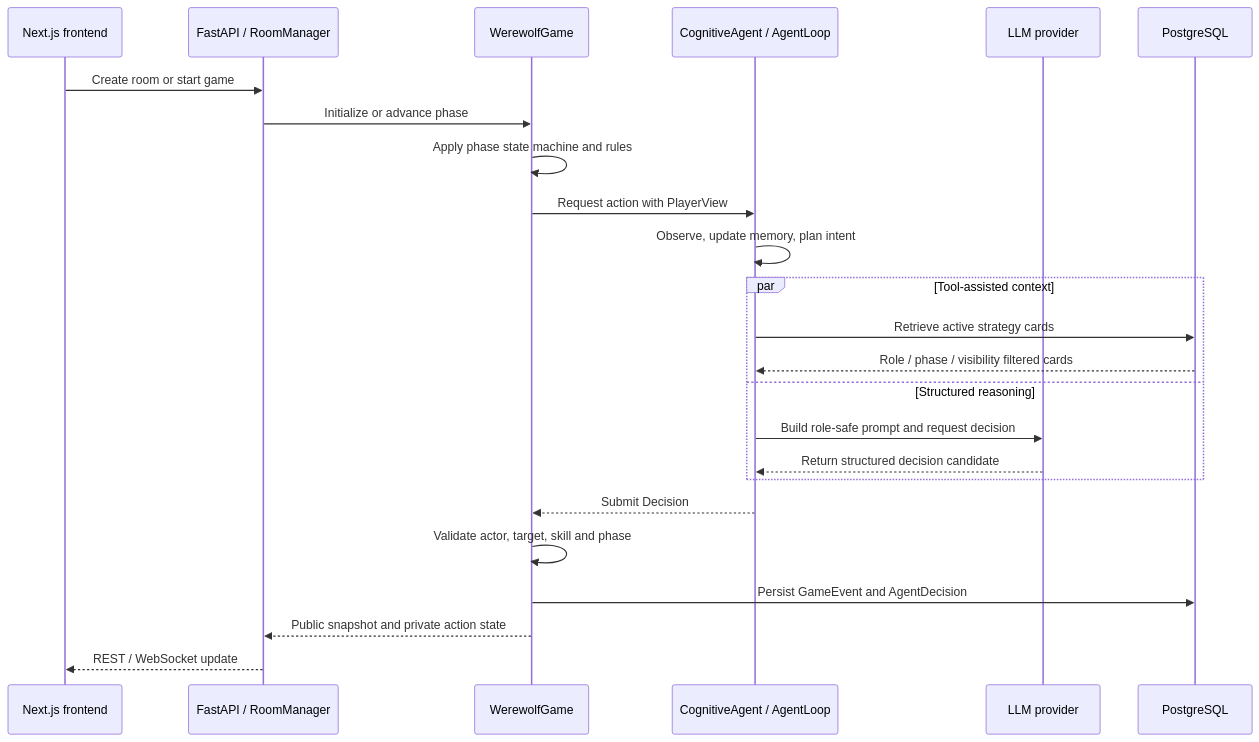
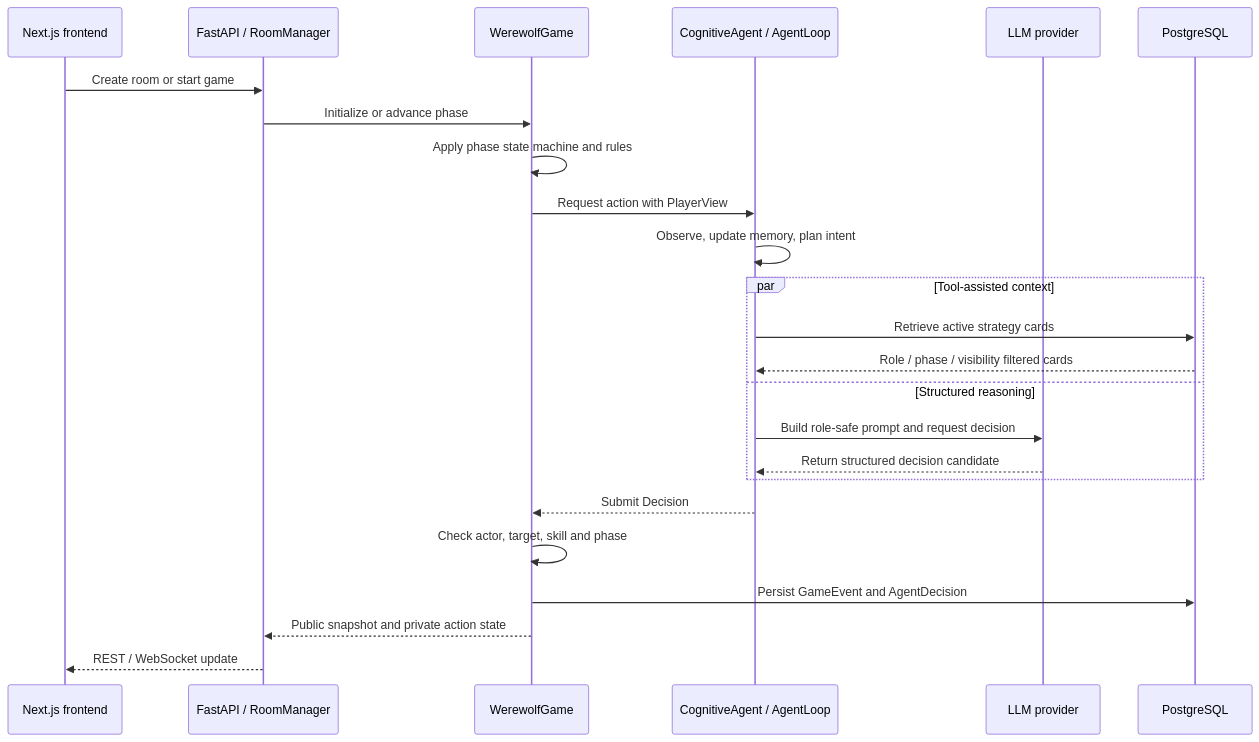
The third of 7 diagrams in docs/ENGINEERING_ARCHITECTURE.md (wxhfy/AIwerewolf), drawn with Mermaid before and after one commit. The commit also changed other lines of this file and 43 other files, not shown here.

````diff
--- a/docs/ENGINEERING_ARCHITECTURE.md
+++ b/docs/ENGINEERING_ARCHITECTURE.md
@@ -210,32 +210,32 @@
 ```mermaid
 sequenceDiagram
     accTitle: Runtime Decision Sequence
     accDescr: Runtime interaction for one game decision from room control through game engine, player-view projection, cognitive agent tools, LLM completion, persistence and frontend update.
 
     participant frontend as Next.js frontend
     participant api as FastAPI / RoomManager
     participant game as WerewolfGame
     participant agent as CognitiveAgent / AgentLoop
     participant llm as LLM provider
     participant db as PostgreSQL
 
     frontend->>api: Create room or start game
     api->>game: Initialize or advance phase
     game->>game: Apply phase state machine and rules
     game->>agent: Request action with PlayerView
     agent->>agent: Observe, update memory, plan intent
 
     par Tool-assisted context
         agent->>db: Retrieve active strategy cards
         db-->>agent: Role / phase / visibility filtered cards
     and Structured reasoning
         agent->>llm: Build role-safe prompt and request decision
         llm-->>agent: Return structured decision candidate
     end
 
     agent-->>game: Submit Decision
-    game->>game: Validate actor, target, skill and phase
+    game->>game: Check actor, target, skill and phase
     game->>db: Persist GameEvent and AgentDecision
     game-->>api: Public snapshot and private action state
     api-->>frontend: REST / WebSocket update
 ```
````
